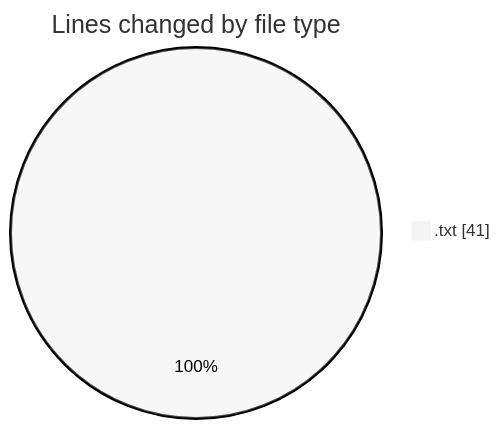
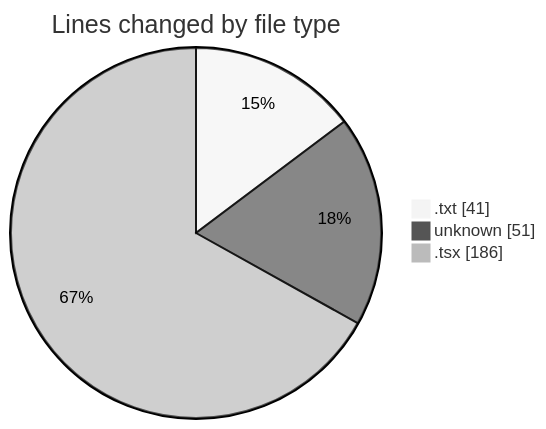
Before and after one commit to CELIANVF/code-tracking: the first of 2 diagrams in 2025-05-22/ecodeli-1/README.md, drawn with Mermaid (neutral theme). The commit also changed other lines of this file and 1 other file, not shown here.

````diff
--- a/2025-05-22/ecodeli-1/README.md
+++ b/2025-05-22/ecodeli-1/README.md
@@ -20,5 +23,7 @@
 ```mermaid
 pie showData
 title Lines changed by file type
 ".txt" : 41
+"unknown" : 51
+".tsx" : 186
 ```
````
